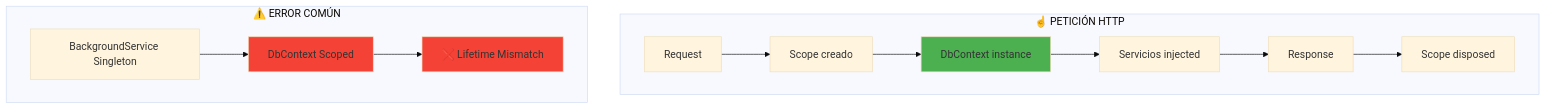
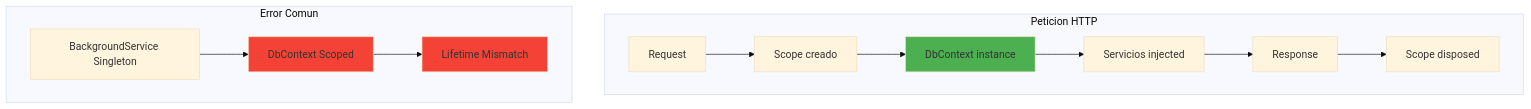
One commit to joseluisgs/TiendaDawWeb-NetCore changed the first of 9 diagrams in doc/05-EFCore-Persistence-Seed.md. Above: the diagram before and after it, drawn with Mermaid (base theme). The commit also changed other lines of this file, not shown here.

````diff
--- a/doc/05-EFCore-Persistence-Seed.md
+++ b/doc/05-EFCore-Persistence-Seed.md
@@ -62,19 +83,19 @@
 ```mermaid
 flowchart TD
-    subgraph "☝️ PETICIÓN HTTP"
+    subgraph "Peticion HTTP"
         A[Request] --> B[Scope creado]
         B --> C[DbContext instance]
         C --> D[Servicios injected]
         D --> E[Response]
         E --> F[Scope disposed]
     end
     
-    subgraph "⚠️ ERROR COMÚN"
+    subgraph "Error Comun"
         G[BackgroundService Singleton] --> H[DbContext Scoped]
-        H --> I[❌ Lifetime Mismatch]
+        H --> I[Lifetime Mismatch]
     end
     
     style C fill:#4CAF50
     style H fill:#F44336
     style I fill:#F44336
 ```
````
